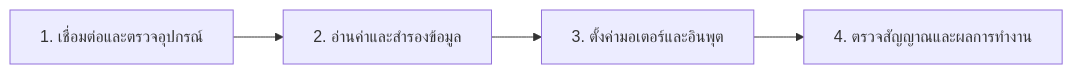
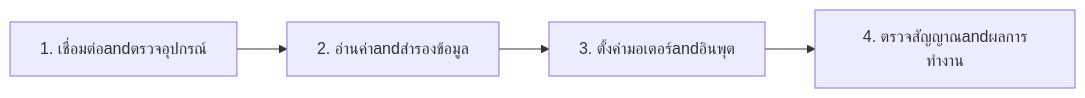
Before and after one commit to poommyroboticcamera-netizen/SAT-Motor-Pilot: the diagram in README.md, drawn with Mermaid. The commit also changed other lines of this file and 4 other files, not shown here.

````diff
--- a/README.md
+++ b/README.md
@@ -39,6 +43,6 @@
 ```mermaid
 flowchart LR
-    A["1. เชื่อมต่อและตรวจอุปกรณ์"] --> B["2. อ่านค่าและสำรองข้อมูล"]
-    B --> C["3. ตั้งค่ามอเตอร์และอินพุต"]
-    C --> D["4. ตรวจสัญญาณและผลการทำงาน"]
+    A["1. เชื่อมต่อandตรวจอุปกรณ์"] --> B["2. อ่านค่าandสำรองข้อมูล"]
+    B --> C["3. ตั้งค่ามอเตอร์andอินพุต"]
+    C --> D["4. ตรวจสัญญาณandผลการทำงาน"]
 ```
````
